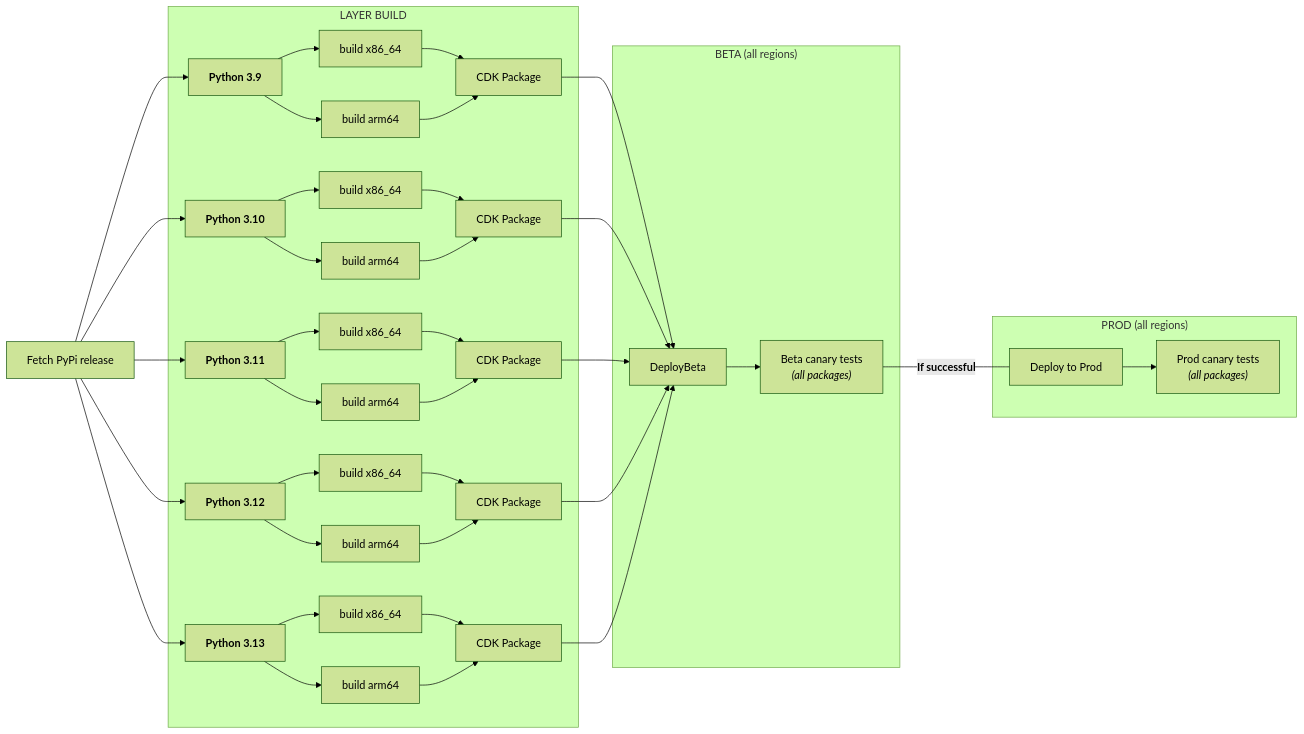
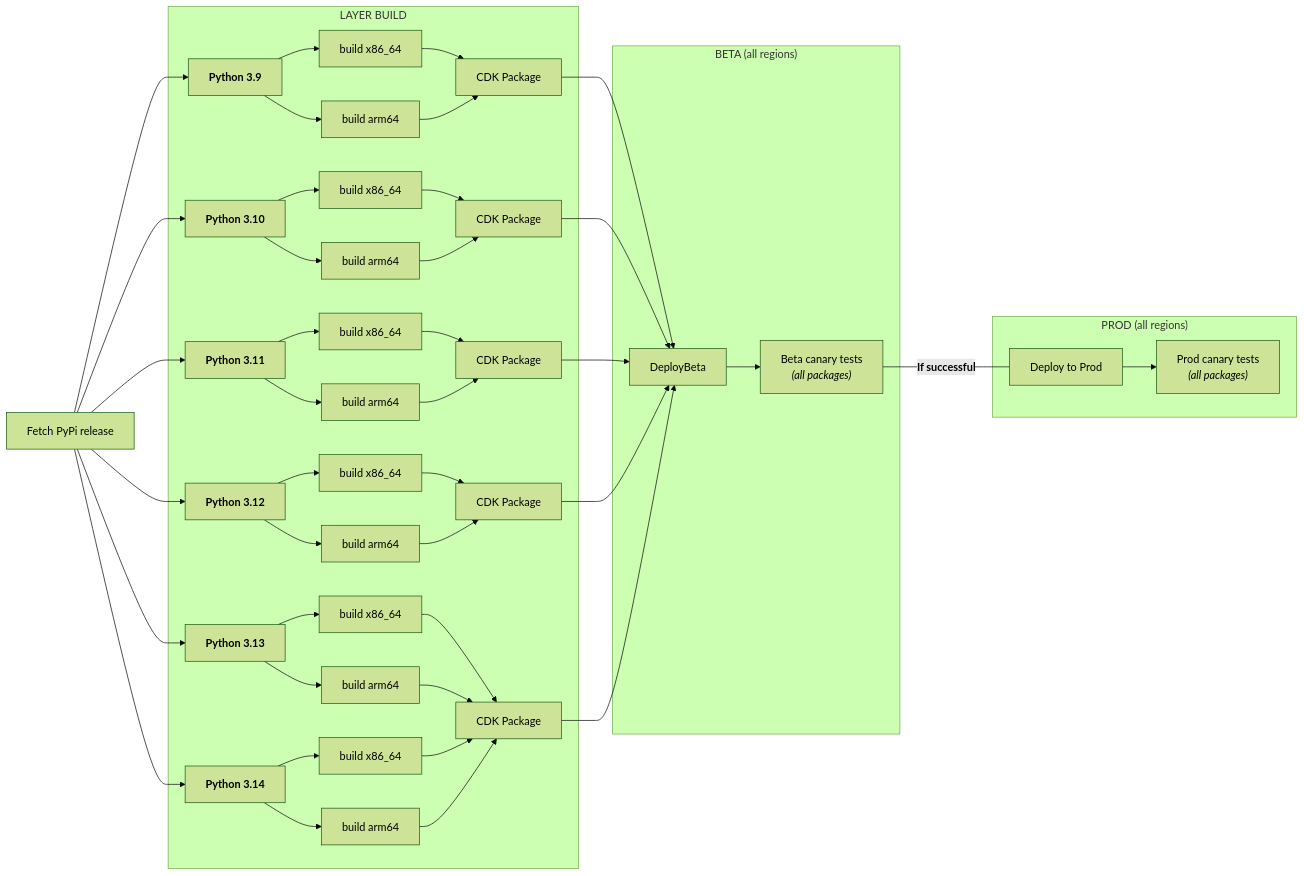
One commit to aws-powertools/powertools-lambda-python changed the diagram in docs/automation.md. Above: the diagram before and after it, drawn with Mermaid (forest theme). The commit also changed 9 other files, not shown here.

````diff
--- a/docs/automation.md
+++ b/docs/automation.md
@@ -107,44 +107,49 @@
 ```mermaid
 graph LR
     Fetch[Fetch PyPi release] --> P39[<strong>Python 3.9</strong>]
     Fetch --> P310[<strong>Python 3.10</strong>]
     Fetch --> P311[<strong>Python 3.11</strong>]
     Fetch --> P312[<strong>Python 3.12</strong>]
     Fetch --> P313[<strong>Python 3.13</strong>]
+    Fetch --> P314[<strong>Python 3.14</strong>]
 
     subgraph build ["LAYER BUILD"]
       P39 --> P39x86[build x86_64]
       P39 --> P39arm64[build arm64]
       P310 --> P310x86[build x86_64]
       P310 --> P310arm64[build arm64]
       P311 --> P311x86[build x86_64]
       P311 --> P311arm64[build arm64]
       P312 --> P312x86[build x86_64]
       P312 --> P312arm64[build arm64]
       P313 --> P313x86[build x86_64]
       P313 --> P313arm64[build arm64]
+      P314 --> P314x86[build x86_64]
+      P314 --> P314arm64[build arm64]
       P39x86 --> CDKP2[CDK Package]
       P39arm64 --> CDKP2[CDK Package]
       P310x86 --> CDKP3[CDK Package]
       P310arm64 --> CDKP3[CDK Package]
       P311x86 --> CDKP4[CDK Package]
       P311arm64 --> CDKP4[CDK Package]
       P312x86 --> CDKP5[CDK Package]
       P312arm64 --> CDKP5[CDK Package]
       P313x86 --> CDKP6[CDK Package]
       P313arm64 --> CDKP6[CDK Package]
+      P314x86 --> CDKP6[CDK Package]
+      P314arm64 --> CDKP6[CDK Package]
     end
 
     subgraph beta ["BETA (all regions)"]
       CDKP2 --> DeployBeta
       CDKP3 --> DeployBeta
       CDKP4 --> DeployBeta
       CDKP5 --> DeployBeta
       CDKP6 --> DeployBeta
       DeployBeta --> RunBetaCanary["Beta canary tests<br> <i>(all packages)</i>"]
     end
     subgraph prod ["PROD (all regions)"]
         RunBetaCanary---|<strong>If successful</strong>|DeployProd[Deploy to Prod]
         DeployProd --> RunProdCanary["Prod canary tests<br> <i>(all packages)</i>"]
     end
 ```
````
